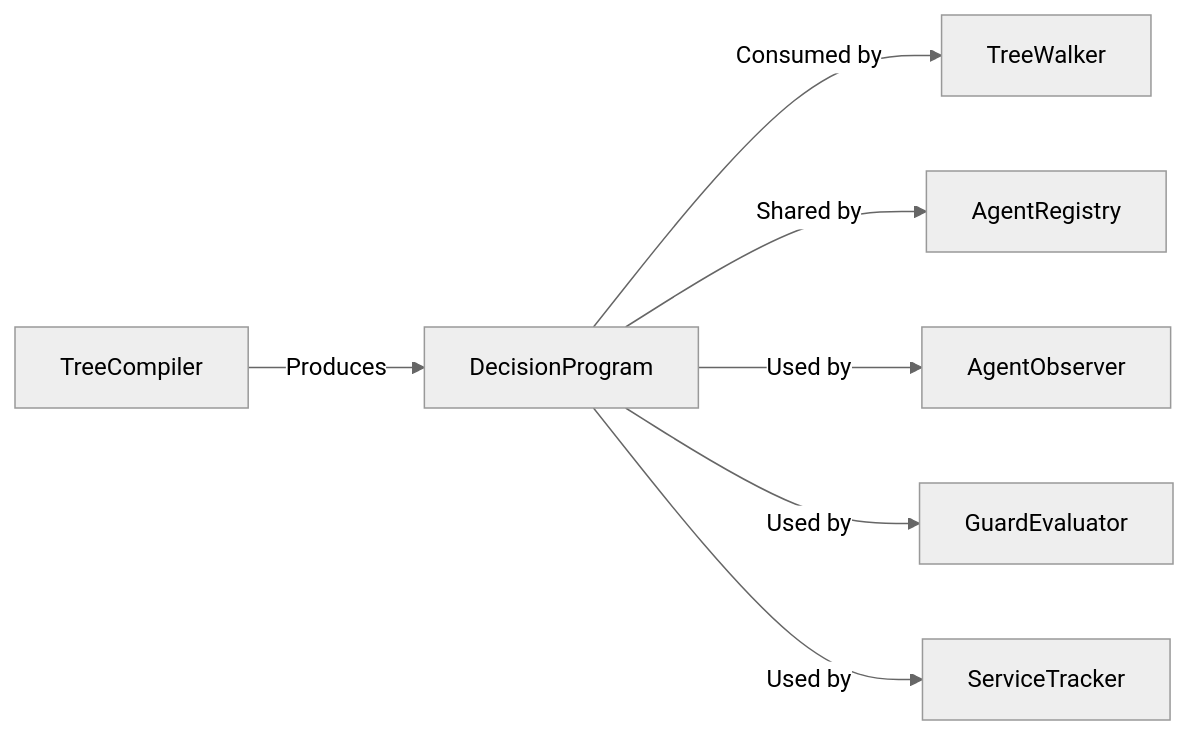
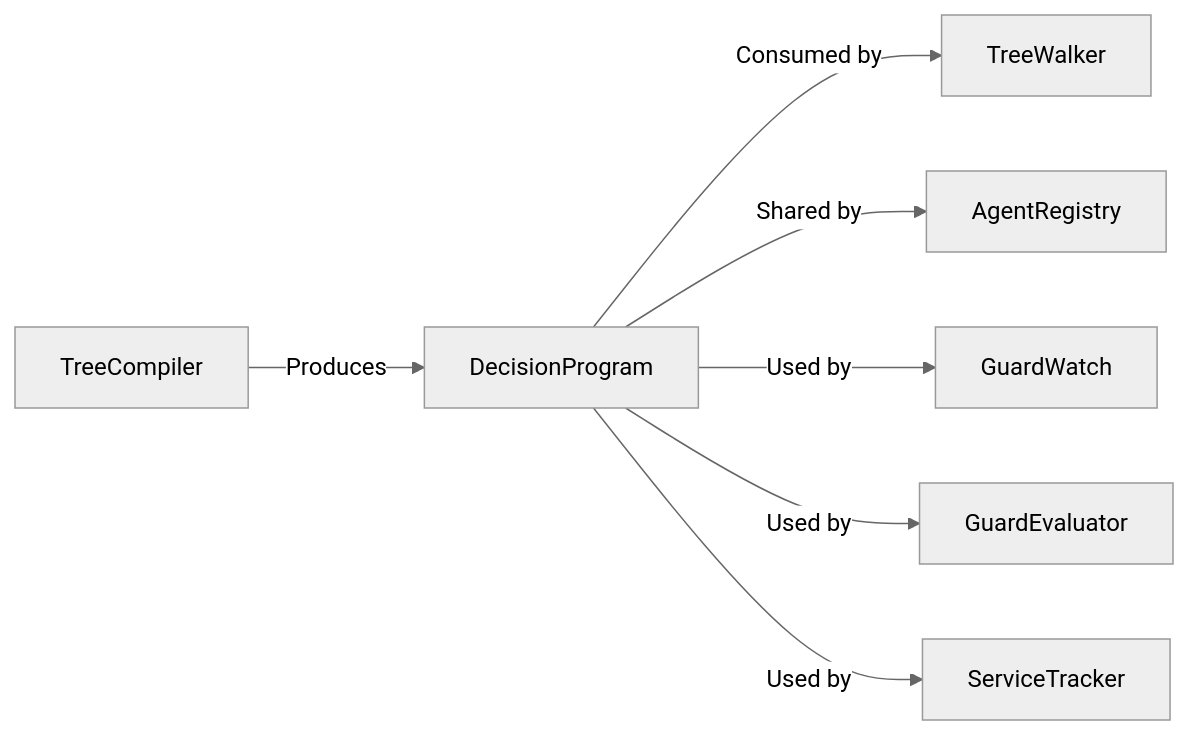
Before and after one commit to jabbadablack/G.O.A.T: the diagram in Docs/02 - C++ Components/DecisionProgram.md, drawn with Mermaid (neutral theme). The commit also changed other lines of this file and 44 other files, not shown here.

````diff
--- a/Docs/02 - C++ Components/DecisionProgram.md
+++ b/Docs/02 - C++ Components/DecisionProgram.md
@@ -103,9 +103,9 @@
 ```mermaid
 graph LR
     A[TreeCompiler] -->|Produces| B[DecisionProgram]
     B -->|Consumed by| C[TreeWalker]
     B -->|Shared by| D[AgentRegistry]
-    B -->|Used by| E[AgentObserver]
+    B -->|Used by| E[GuardWatch]
     B -->|Used by| F[GuardEvaluator]
     B -->|Used by| G[ServiceTracker]
 ```
````
